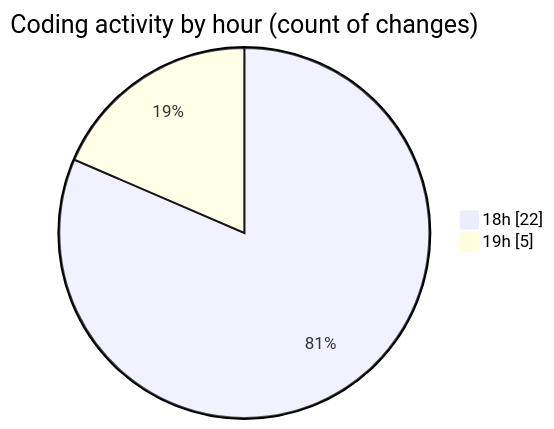
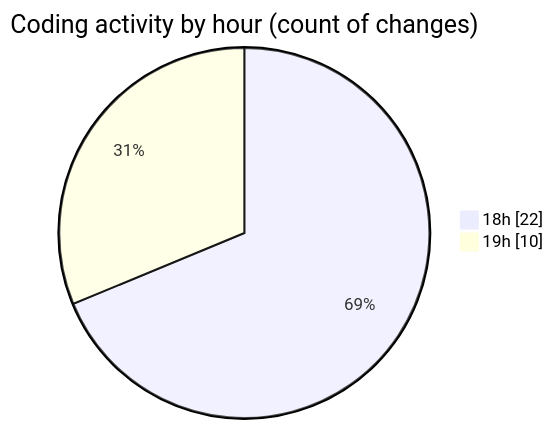
One commit to idhammustaqopulfikri/code-tracking changed the second of 2 diagrams in 2025-06-13/studio-backend/README.md. Above: the diagram before and after it, drawn with Mermaid. The commit also changed other lines of this file and 1 other file, not shown here.

````diff
--- a/2025-06-13/studio-backend/README.md
+++ b/2025-06-13/studio-backend/README.md
@@ -37,6 +38,6 @@
 ```mermaid
 pie showData
 title Coding activity by hour (count of changes)
 "18h" : 22
-"19h" : 5
+"19h" : 10
 ```
````
